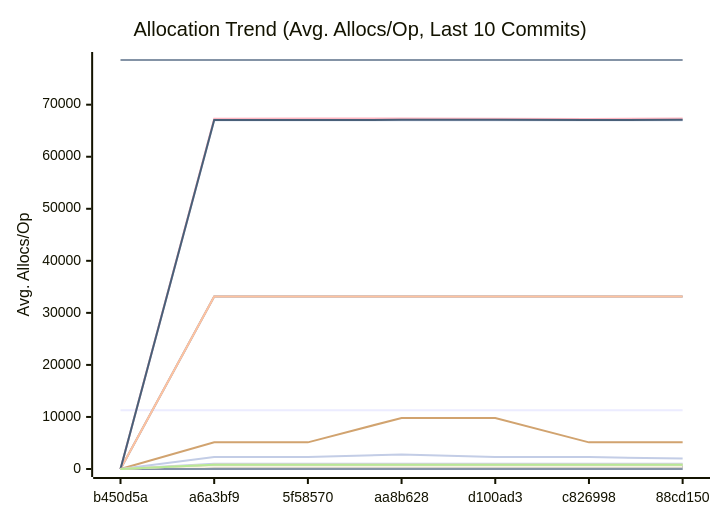
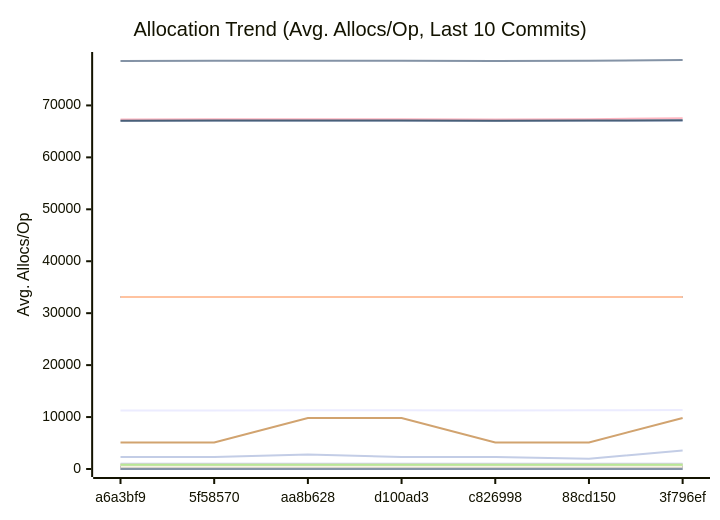
One commit to alsotoes/momo changed the third of 3 diagrams in docs/PERFORMANCE.md. Above: the diagram before and after it, drawn with Mermaid. The commit also changed other lines of this file and 5 other files, not shown here.

````diff
--- a/docs/PERFORMANCE.md
+++ b/docs/PERFORMANCE.md
@@ -348,42 +347,42 @@
 ```mermaid
 xychart-beta
     title "Allocation Trend (Avg. Allocs/Op, Last 10 Commits)"
     x-axis "Commit"
     y-axis "Avg. Allocs/Op"
-    x-axis [b450d5a,a6a3bf9,5f58570,aa8b628,d100ad3,c826998,88cd150]
-    line "AWSChunkedReaderSigned" [11273,11277,11286,11294,11299,11270,11296,11367,11304,11317]
-    line "AWSChunkedReaderUnsigned" [78577,78572,78577,78583,78586,78564,78579,78745,78578,78592]
+    x-axis [a6a3bf9,5f58570,aa8b628,d100ad3,c826998,88cd150,3f796ef]
+    line "AWSChunkedReaderSigned" [11277,11286,11294,11299,11270,11296,11367,11304,11317,11324]
+    line "AWSChunkedReaderUnsigned" [78572,78577,78583,78586,78564,78579,78745,78578,78592,78605]
     line "CheckMetricsAndSwap" [0,0,0,0,0,0,0,0,0,0]
     line "CrushOptimized" [0,0,0,0,0,0,0,0,0,0]
     line "CrushOriginal" [3,3,3,3,3,3,3,3,3,3]
-    line "FormatListObjectsV2XML_AppendFormat" [0,16,16,16,16,16,16,16,16,16]
-    line "FormatListObjectsV2XML_OldFormat" [0,1000,1000,1000,1000,1000,1000,1000,1000,1000]
-    line "HashBytes/1MiB" [0,64,64,64,64,64,64,64,64,64]
-    line "HashBytes/256MiB" [0,64,64,64,64,64,64,64,64,64]
-    line "HashBytes/64MiB" [0,64,64,64,64,64,64,64,64,64]
-    line "HashFile/1MiB" [0,33128,33128,33128,33128,33128,33112,33128,33128,33128]
-    line "HashFile/256MiB" [0,33128,33128,33128,33128,33128,33128,33128,33128,33128]
-    line "HashFile/64MiB" [0,33128,33128,33128,33128,33128,33128,33128,33128,33128]
+    line "FormatListObjectsV2XML_AppendFormat" [16,16,16,16,16,16,16,16,16,16]
+    line "FormatListObjectsV2XML_OldFormat" [1000,1000,1000,1000,1000,1000,1000,1000,1000,1000]
+    line "HashBytes/1MiB" [64,64,64,64,64,64,64,64,64,64]
+    line "HashBytes/256MiB" [64,64,64,64,64,64,64,64,64,64]
+    line "HashBytes/64MiB" [64,64,64,64,64,64,64,64,64,64]
+    line "HashFile/1MiB" [33128,33128,33128,33128,33128,33112,33128,33128,33128,33128]
+    line "HashFile/256MiB" [33128,33128,33128,33128,33128,33128,33128,33128,33128,33128]
+    line "HashFile/64MiB" [33128,33128,33128,33128,33128,33128,33128,33128,33128,33128]
     line "IndexDirectTracking" [0,0,0,0,0,0,0,0,0,0]
     line "IndexSearch" [0,0,0,0,0,0,0,0,0,0]
-    line "LoadGlobalConfig" [54,58,58,58,58,58,58,58,58,58]
-    line "LocalWrite/1MiB" [0,67030,67032,67032,67030,67028,67031,67037,67034,67030]
-    line "LocalWrite/256MiB" [0,67292,67348,67326,67317,67268,67358,67518,67492,67349]
-    line "LocalWrite/64MiB" [0,67046,67073,67085,67097,67071,67089,67157,67097,67104]
+    line "LoadGlobalConfig" [58,58,58,58,58,58,58,58,58,58]
+    line "LocalWrite/1MiB" [67030,67032,67032,67030,67028,67031,67037,67034,67030,67036]
+    line "LocalWrite/256MiB" [67292,67348,67326,67317,67268,67358,67518,67492,67349,67409]
+    line "LocalWrite/64MiB" [67046,67073,67085,67097,67071,67089,67157,67097,67104,67086]
     line "PadString" [1,1,1,1,1,1,1,1,1,1]
     line "ParseReplicationOrder_NoPrealloc" [6,6,6,6,6,5,5,5,5,5]
     line "ParseReplicationOrder_Prealloc" [2,2,2,2,2,1,1,1,1,1]
-    line "Placement" [0,6,6,6,6,6,6,6,6,6]
-    line "PlacementDomainSpread" [0,6,6,6,6,6,6,6,6,6]
-    line "ReadVerify/1MiB" [0,435,464,436,459,457,458,483,437,469]
-    line "ReadVerify/256MiB" [0,5120,5120,9808,9808,5120,5120,9808,9808,9808]
-    line "ReadVerify/64MiB" [0,2307,2307,2776,2307,2307,1994,3557,2776,2776]
-    line "S3PutSpool/1MiB" [0,447,447,447,447,447,448,448,447,447]
-    line "S3PutSpool/256MiB" [0,448,448,448,448,448,448,448,448,448]
-    line "S3PutSpool/64MiB" [0,448,448,448,448,448,448,448,448,448]
+    line "Placement" [6,6,6,6,6,6,6,6,6,6]
+    line "PlacementDomainSpread" [6,6,6,6,6,6,6,6,6,6]
+    line "ReadVerify/1MiB" [435,464,436,459,457,458,483,437,469,466]
+    line "ReadVerify/256MiB" [5120,5120,9808,9808,5120,5120,9808,9808,9808,9808]
+    line "ReadVerify/64MiB" [2307,2307,2776,2307,2307,1994,3557,2776,2776,2776]
+    line "S3PutSpool/1MiB" [447,447,447,447,447,448,448,447,447,448]
+    line "S3PutSpool/256MiB" [448,448,448,448,448,448,448,448,448,448]
+    line "S3PutSpool/64MiB" [448,448,448,448,448,448,448,448,448,448]
     line "SanitizeLog/Safe" [0,0,0,0,0,0,0,0,0,0]
     line "SanitizeLog/Unsafe" [1,1,1,1,1,1,1,1,1,1]
-    line "TrustedRead/1MiB" [0,800,800,800,800,825,800,800,800,800]
-    line "TrustedRead/256MiB" [0,800,800,800,800,800,800,800,800,800]
-    line "TrustedRead/64MiB" [0,800,800,800,800,800,800,800,800,800]
+    line "TrustedRead/1MiB" [800,800,800,800,825,800,800,800,800,800]
+    line "TrustedRead/256MiB" [800,800,800,800,800,800,800,800,800,800]
+    line "TrustedRead/64MiB" [800,800,800,800,800,800,800,800,800,800]
 ```
````
